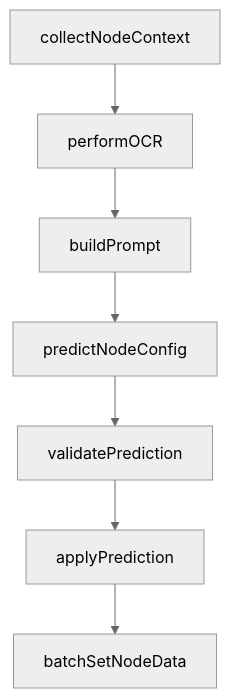
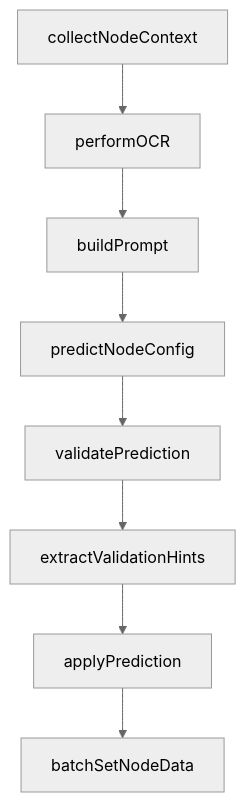
Before and after one commit to kqcoxn/MaaPipelineEditor: the fifth of 8 diagrams in .qoder/repowiki/zh/content/字段配置系统/字段编辑器组件/字段面板工具.md, drawn with Mermaid (neutral theme). The commit also changed other lines of this file and 19 other files, not shown here.

````diff
--- a/.qoder/repowiki/zh/content/字段配置系统/字段编辑器组件/字段面板工具.md
+++ b/.qoder/repowiki/zh/content/字段配置系统/字段编辑器组件/字段面板工具.md
@@ -207,9 +230,10 @@
 ```mermaid
 flowchart TD
 A["collectNodeContext"] --> B["performOCR"]
 B --> C["buildPrompt"]
 C --> D["predictNodeConfig"]
 D --> E["validatePrediction"]
-E --> F["applyPrediction"]
-F --> G["batchSetNodeData"]
+E --> F["extractValidationHints"]
+F --> G["applyPrediction"]
+G --> H["batchSetNodeData"]
 ```
````
